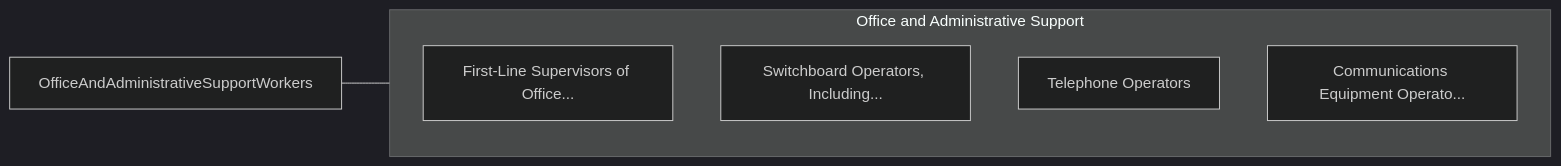
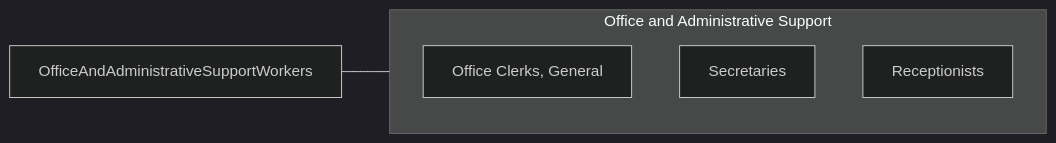
The third of 3 diagrams in occupations/Administrative/OfficeAndAdministrativeSupportWorkers.mdx (kziemski/business.org.ai), drawn with Mermaid (dark theme) before and after one commit. The commit also changed other lines of this file and 938 other files, not shown here.

````diff
--- a/occupations/Administrative/OfficeAndAdministrativeSupportWorkers.mdx
+++ b/occupations/Administrative/OfficeAndAdministrativeSupportWorkers.mdx
@@ -55,13 +99,10 @@
 ```mermaid
 graph LR
     Current["OfficeAndAdministrativeSupportWorkers"]
-
     subgraph SameCategory["Office and Administrative Support"]
-        FirstLineSupervisors["First-Line Supervisors of Office..."]
-        SwitchboardOperators["Switchboard Operators, Including..."]
-        TelephoneOperators["Telephone Operators"]
-        CommunicationsEquipm["Communications Equipment Operato..."]
+        ROfficeClerks["Office Clerks, General"]
+        RSecretaries["Secretaries"]
+        RReceptionists["Receptionists"]
     end
-
     Current --- SameCategory
 ```
````
